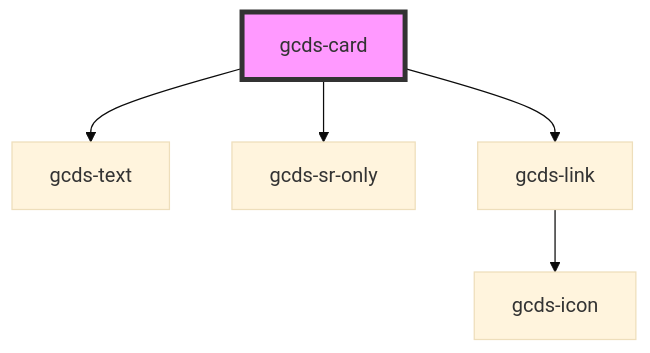
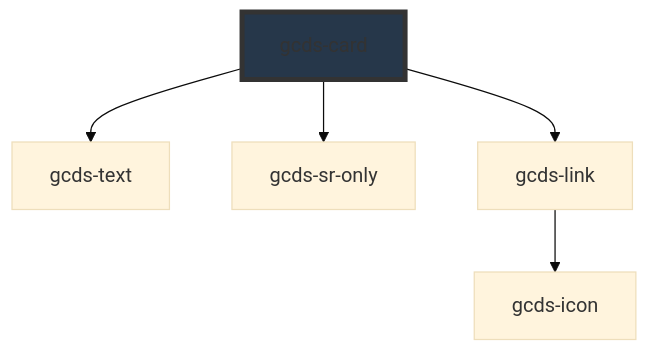
Before and after one commit to cds-snc/gcds-components: the diagram in packages/web/src/components/gcds-card/readme.md, drawn with Mermaid (base theme). The commit also changed other lines of this file and 44 other files, not shown here.

````diff
--- a/packages/web/src/components/gcds-card/readme.md
+++ b/packages/web/src/components/gcds-card/readme.md
@@ -37,8 +44,8 @@
 ```mermaid
 graph TD;
   gcds-card --> gcds-text
   gcds-card --> gcds-sr-only
   gcds-card --> gcds-link
   gcds-link --> gcds-icon
-  style gcds-card fill:#f9f,stroke:#333,stroke-width:4px
+  style gcds-card fill:#26374a,stroke:#333,stroke-width:4px
 ```
````
